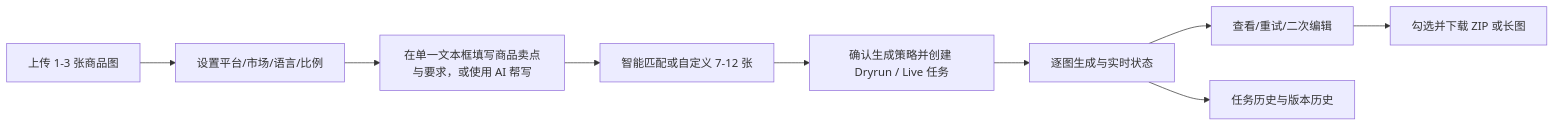
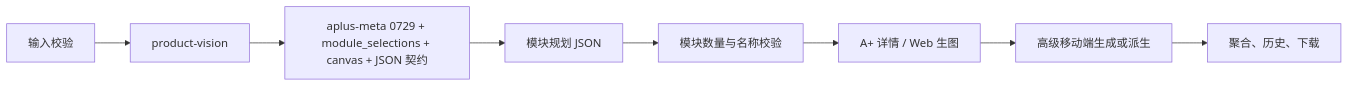
Before and after one commit to kyrieljy/Listingo: the second of 3 diagrams in SPEC.md, drawn with Mermaid. The commit also changed other lines of this file and 41 other files, not shown here.

````diff
--- a/SPEC.md
+++ b/SPEC.md
@@ -19,11 +67,10 @@
 ```mermaid
 flowchart LR
-  A["上传 1-3 张商品图"] --> B["设置平台/市场/语言/比例"]
-  B --> C["在单一文本框填写商品卖点与要求，或使用 AI 帮写"]
-  C --> D["智能匹配或自定义 7-12 张"]
-  D --> E["确认生成策略并创建 Dryrun / Live 任务"]
-  E --> F["逐图生成与实时状态"]
-  F --> G["查看/重试/二次编辑"]
-  G --> H["勾选并下载 ZIP 或长图"]
-  F --> I["任务历史与版本历史"]
+  A["输入校验"] --> B["product-vision"]
+  B --> C["aplus-meta 0729 + module_selections + canvas + JSON 契约"]
+  C --> D["模块规划 JSON"]
+  D --> E["模块数量与名称校验"]
+  E --> F["A+ 详情 / Web 生图"]
+  F --> G["高级移动端生成或派生"]
+  G --> H["聚合、历史、下载"]
 ```
````
